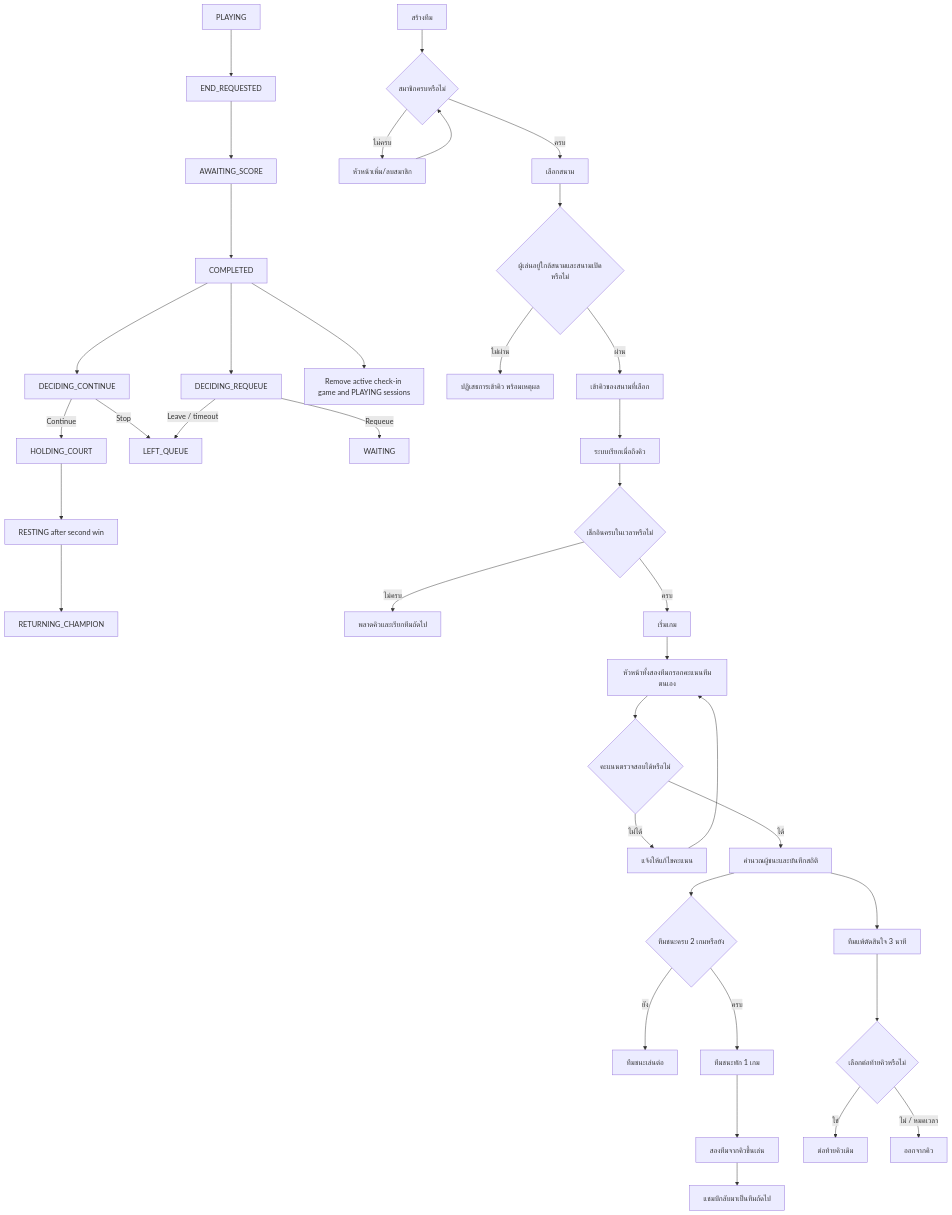
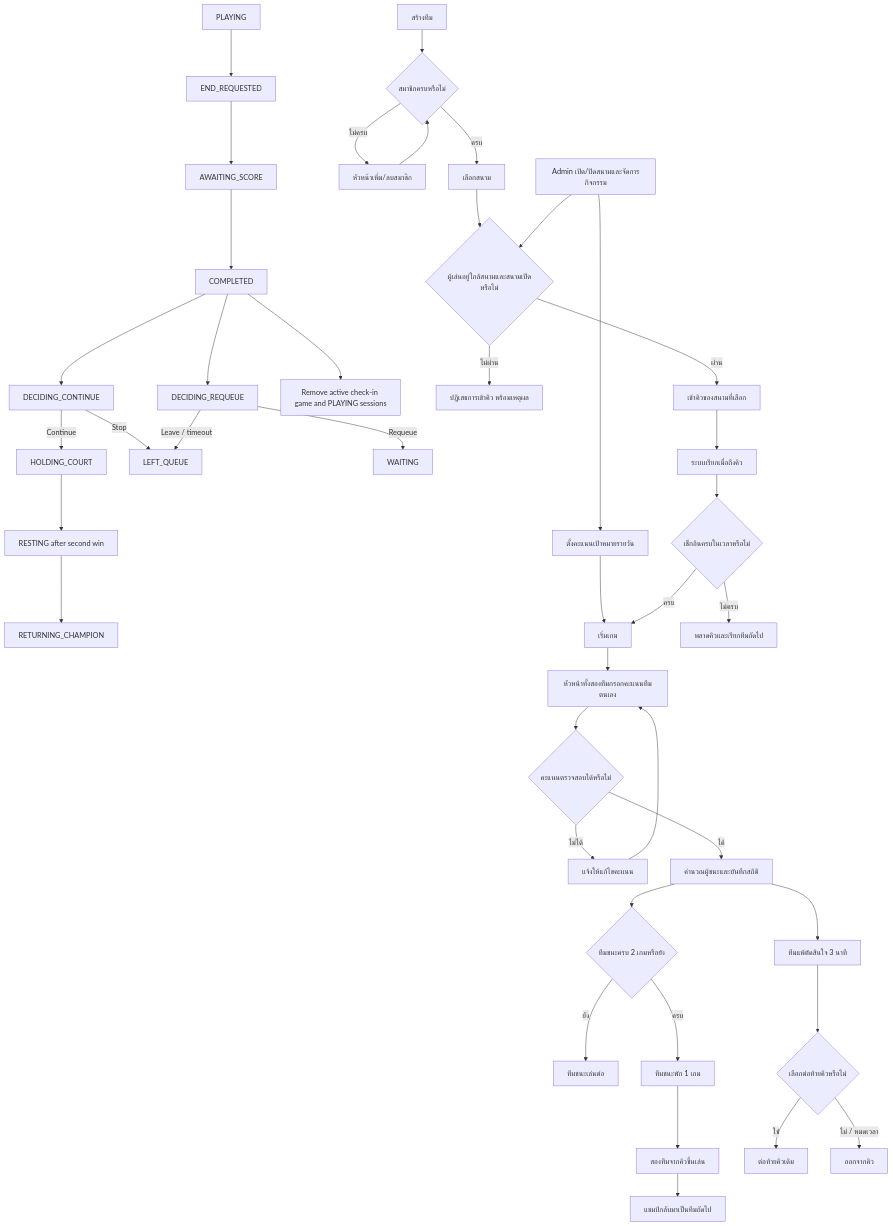
Before and after one commit to Nokpednam/MeQ-web-app: the diagram in docs/diagrams/queue-flow.mmd, drawn with Mermaid. The commit also changed 40 other files, not shown here.

Commit message:
feat: add admin dashboard and streamline game flow

```diff
--- a/docs/diagrams/queue-flow.mmd
+++ b/docs/diagrams/queue-flow.mmd
@@ -1,35 +1,38 @@
 flowchart TD
   GAME["PLAYING"] --> END["END_REQUESTED"] --> SCORE["AWAITING_SCORE"] --> COMPLETE["COMPLETED"]
   COMPLETE --> WIN_DECIDE["DECIDING_CONTINUE"]
   WIN_DECIDE -->|Continue| HOLD["HOLDING_COURT"]
   WIN_DECIDE -->|Stop| LEFT
   COMPLETE --> DECIDE["DECIDING_REQUEUE"]
   COMPLETE --> CLOSE_CHECKIN["Remove active check-in game and PLAYING sessions"]
   HOLD --> REST["RESTING after second win"] --> RETURN["RETURNING_CHAMPION"]
   DECIDE -->|Requeue| WAIT["WAITING"]
   DECIDE -->|Leave / timeout| LEFT["LEFT_QUEUE"]
   A[สร้างทีม] --> B{สมาชิกครบหรือไม่}
   B -- ไม่ครบ --> C[หัวหน้าเพิ่ม/ลบสมาชิก]
   C --> B
   B -- ครบ --> D[เลือกสนาม]
   D --> E{ผู้เล่นอยู่ใกล้สนามและสนามเปิดหรือไม่}
+  ADMIN[Admin เปิด/ปิดสนามและจัดการกิจกรรม] --> E
+  ADMIN --> TARGET[ตั้งคะแนนเป้าหมายรายวัน]
+  TARGET --> K
   E -- ไม่ผ่าน --> F[ปฏิเสธการเข้าคิว พร้อมเหตุผล]
   E -- ผ่าน --> G[เข้าคิวของสนามที่เลือก]
   G --> H[ระบบเรียกเมื่อถึงคิว]
   H --> I{เช็กอินครบในเวลาหรือไม่}
   I -- ไม่ครบ --> J[พลาดคิวและเรียกทีมถัดไป]
   I -- ครบ --> K[เริ่มเกม]
   K --> L[หัวหน้าทั้งสองทีมกรอกคะแนนทีมตนเอง]
   L --> M{คะแนนตรวจสอบได้หรือไม่}
   M -- ไม่ได้ --> N[แจ้งให้แก้ไขคะแนน]
   N --> L
   M -- ได้ --> O[คำนวณผู้ชนะและบันทึกสถิติ]
   O --> P{ทีมชนะครบ 2 เกมหรือยัง}
   P -- ยัง --> Q[ทีมชนะเล่นต่อ]
   P -- ครบ --> R[ทีมชนะพัก 1 เกม]
   R --> S[สองทีมจากคิวขึ้นเล่น]
   S --> T[แชมป์กลับมาเป็นทีมถัดไป]
   O --> U[ทีมแพ้ตัดสินใจ 3 นาที]
   U --> V{เลือกต่อท้ายคิวหรือไม่}
   V -- ใช่ --> W[ต่อท้ายคิวเดิม]
   V -- ไม่ / หมดเวลา --> X[ออกจากคิว]
```
